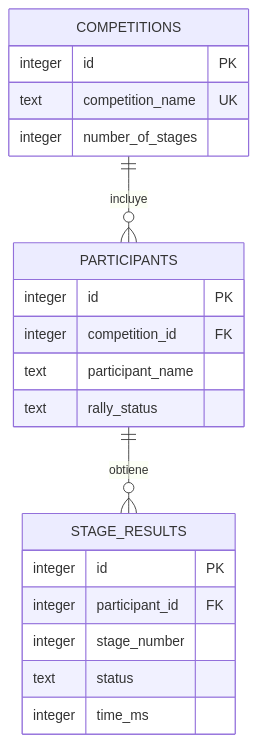
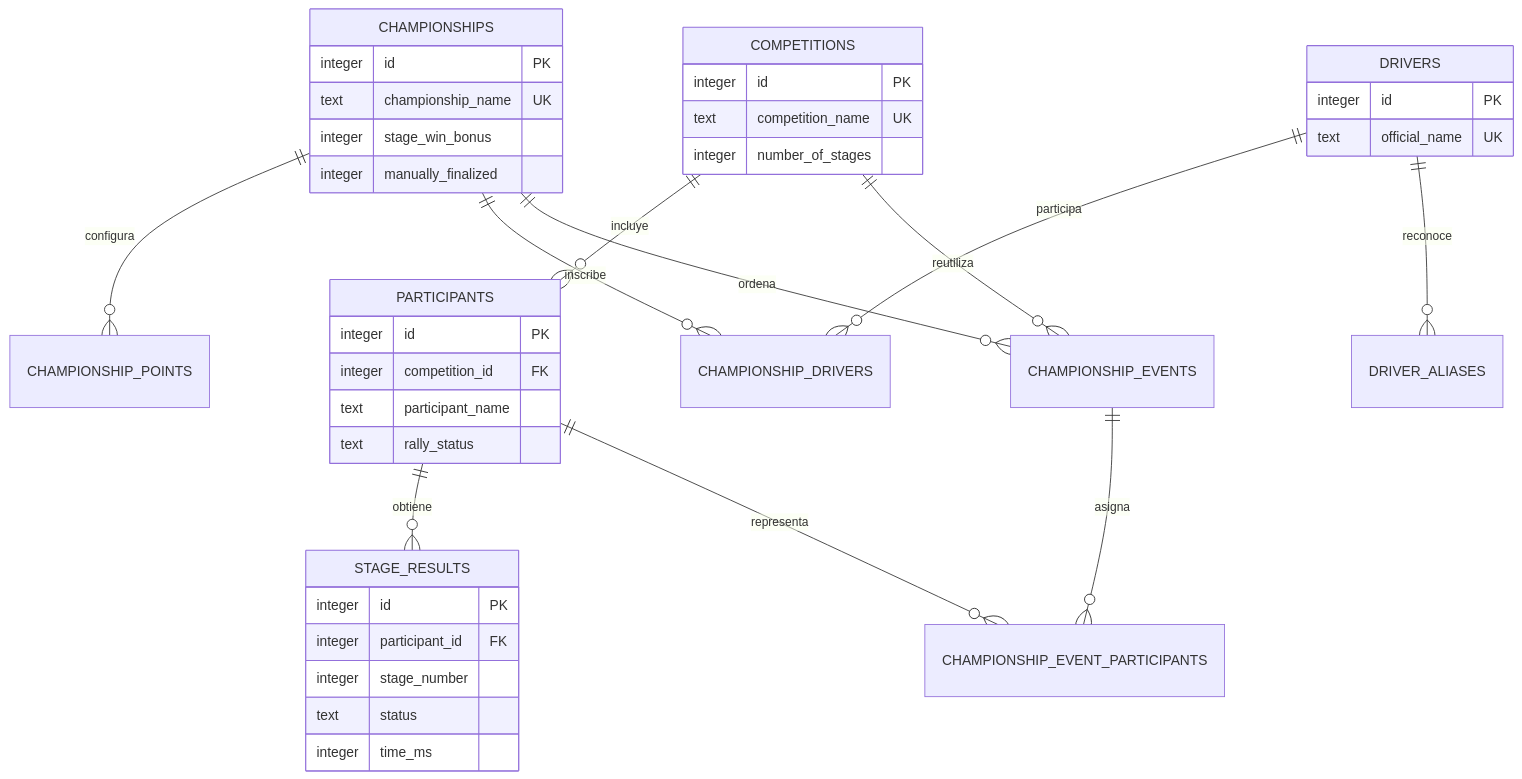
One commit to YagoFL24/RallyTimeTracker changed the second of 2 diagrams in docs/ARQUITECTURA.md. Above: the diagram before and after it, drawn with Mermaid. The commit also changed other lines of this file and 11 other files, not shown here.

````diff
--- a/docs/ARQUITECTURA.md
+++ b/docs/ARQUITECTURA.md
@@ -118,23 +136,41 @@
 ```mermaid
 erDiagram
     COMPETITIONS ||--o{ PARTICIPANTS : incluye
     PARTICIPANTS ||--o{ STAGE_RESULTS : obtiene
+    CHAMPIONSHIPS ||--o{ CHAMPIONSHIP_POINTS : configura
+    CHAMPIONSHIPS ||--o{ CHAMPIONSHIP_DRIVERS : inscribe
+    DRIVERS ||--o{ CHAMPIONSHIP_DRIVERS : participa
+    DRIVERS ||--o{ DRIVER_ALIASES : reconoce
+    CHAMPIONSHIPS ||--o{ CHAMPIONSHIP_EVENTS : ordena
+    COMPETITIONS ||--o{ CHAMPIONSHIP_EVENTS : reutiliza
+    CHAMPIONSHIP_EVENTS ||--o{ CHAMPIONSHIP_EVENT_PARTICIPANTS : asigna
+    PARTICIPANTS ||--o{ CHAMPIONSHIP_EVENT_PARTICIPANTS : representa
     COMPETITIONS {
         integer id PK
         text competition_name UK
         integer number_of_stages
     }
     PARTICIPANTS {
         integer id PK
         integer competition_id FK
         text participant_name
         text rally_status
     }
     STAGE_RESULTS {
         integer id PK
         integer participant_id FK
         integer stage_number
         text status
         integer time_ms
     }
+    CHAMPIONSHIPS {
+        integer id PK
+        text championship_name UK
+        integer stage_win_bonus
+        integer manually_finalized
+    }
+    DRIVERS {
+        integer id PK
+        text official_name UK
+    }
 ```
````
